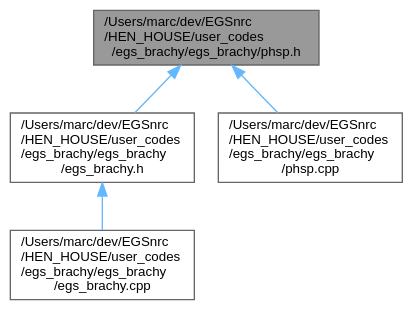
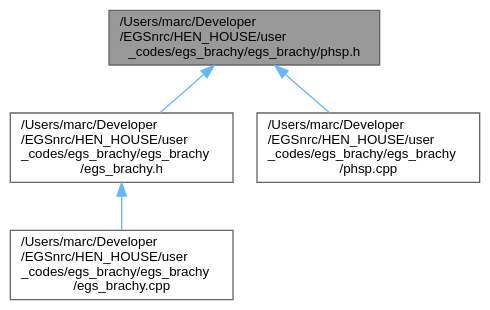
The diagram in docs/phsp_8h__dep__incl.dot (clrp-code/egs_brachy), drawn with Graphviz before and after one commit. The commit also changed 696 other files, not shown here.

```diff
--- a/docs/phsp_8h__dep__incl.dot
+++ b/docs/phsp_8h__dep__incl.dot
@@ -1,14 +1,14 @@
-digraph "/Users/marc/dev/EGSnrc/HEN_HOUSE/user_codes/egs_brachy/egs_brachy/phsp.h"
+digraph "/Users/marc/Developer/EGSnrc/HEN_HOUSE/user_codes/egs_brachy/egs_brachy/phsp.h"
 {
  // LATEX_PDF_SIZE
   bgcolor="transparent";
   edge [fontname=Helvetica,fontsize=10,labelfontname=Helvetica,labelfontsize=10];
   node [fontname=Helvetica,fontsize=10,shape=box,height=0.2,width=0.4];
-  Node1 [label="/Users/marc/dev/EGSnrc\l/HEN_HOUSE/user_codes\l/egs_brachy/egs_brachy/phsp.h",height=0.2,width=0.4,color="gray40", fillcolor="grey60", style="filled", fontcolor="black",tooltip="Definition of the PHSPControl object."];
-  Node1 -> Node2 [dir="back",color="steelblue1",style="solid"];
-  Node2 [label="/Users/marc/dev/EGSnrc\l/HEN_HOUSE/user_codes\l/egs_brachy/egs_brachy\l/egs_brachy.h",height=0.2,width=0.4,color="grey40", fillcolor="white", style="filled",URL="$egs__brachy_8h.html",tooltip="the main egs_brachy application header file"];
-  Node2 -> Node3 [dir="back",color="steelblue1",style="solid"];
-  Node3 [label="/Users/marc/dev/EGSnrc\l/HEN_HOUSE/user_codes\l/egs_brachy/egs_brachy\l/egs_brachy.cpp",height=0.2,width=0.4,color="grey40", fillcolor="white", style="filled",URL="$egs__brachy_8cpp.html",tooltip="the main egs_brachy application implementation file"];
-  Node1 -> Node4 [dir="back",color="steelblue1",style="solid"];
-  Node4 [label="/Users/marc/dev/EGSnrc\l/HEN_HOUSE/user_codes\l/egs_brachy/egs_brachy\l/phsp.cpp",height=0.2,width=0.4,color="grey40", fillcolor="white", style="filled",URL="$phsp_8cpp.html",tooltip="Implementation of the PHSPControl object."];
+  Node1 [id="Node000001",label="/Users/marc/Developer\l/EGSnrc/HEN_HOUSE/user\l_codes/egs_brachy/egs_brachy/phsp.h",height=0.2,width=0.4,color="gray40", fillcolor="grey60", style="filled", fontcolor="black",tooltip="Definition of the PHSPControl object."];
+  Node1 -> Node2 [id="edge1_Node000001_Node000002",dir="back",color="steelblue1",style="solid",tooltip=" "];
+  Node2 [id="Node000002",label="/Users/marc/Developer\l/EGSnrc/HEN_HOUSE/user\l_codes/egs_brachy/egs_brachy\l/egs_brachy.h",height=0.2,width=0.4,color="grey40", fillcolor="white", style="filled",URL="$egs__brachy_8h.html",tooltip="the main egs_brachy application header file"];
+  Node2 -> Node3 [id="edge2_Node000002_Node000003",dir="back",color="steelblue1",style="solid",tooltip=" "];
+  Node3 [id="Node000003",label="/Users/marc/Developer\l/EGSnrc/HEN_HOUSE/user\l_codes/egs_brachy/egs_brachy\l/egs_brachy.cpp",height=0.2,width=0.4,color="grey40", fillcolor="white", style="filled",URL="$egs__brachy_8cpp.html",tooltip="the main egs_brachy application implementation file"];
+  Node1 -> Node4 [id="edge3_Node000001_Node000004",dir="back",color="steelblue1",style="solid",tooltip=" "];
+  Node4 [id="Node000004",label="/Users/marc/Developer\l/EGSnrc/HEN_HOUSE/user\l_codes/egs_brachy/egs_brachy\l/phsp.cpp",height=0.2,width=0.4,color="grey40", fillcolor="white", style="filled",URL="$phsp_8cpp.html",tooltip="Implementation of the PHSPControl object."];
 }
```
